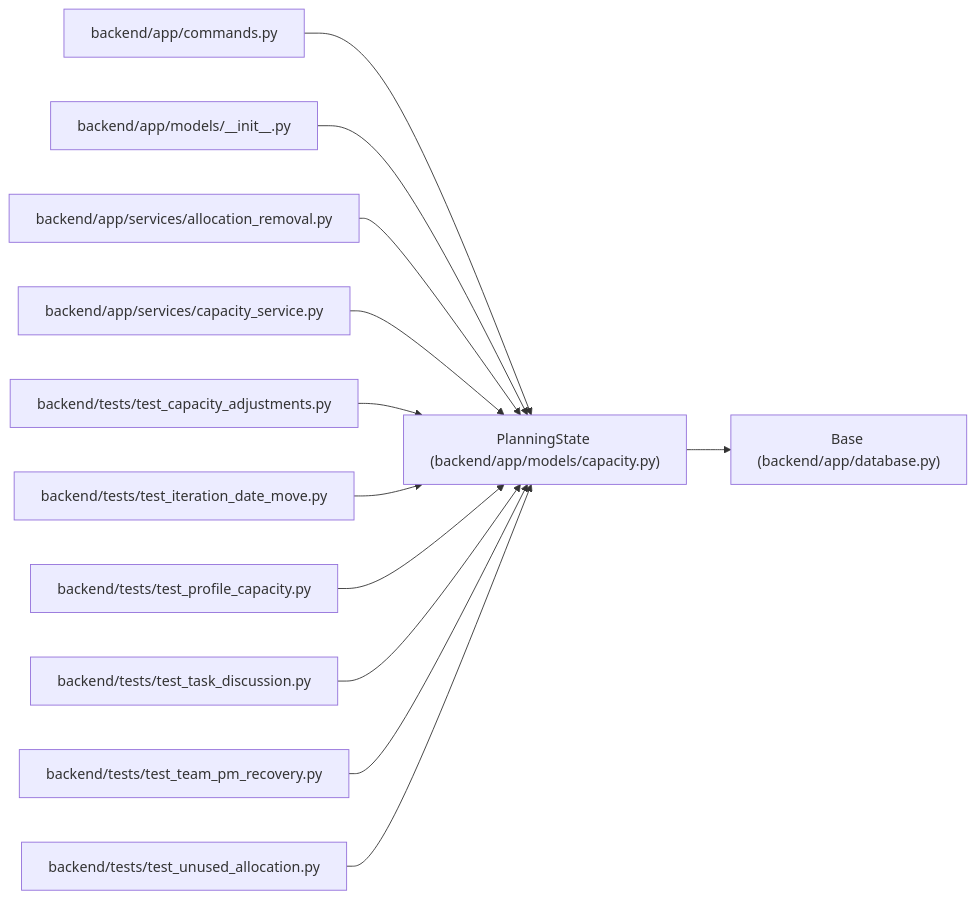
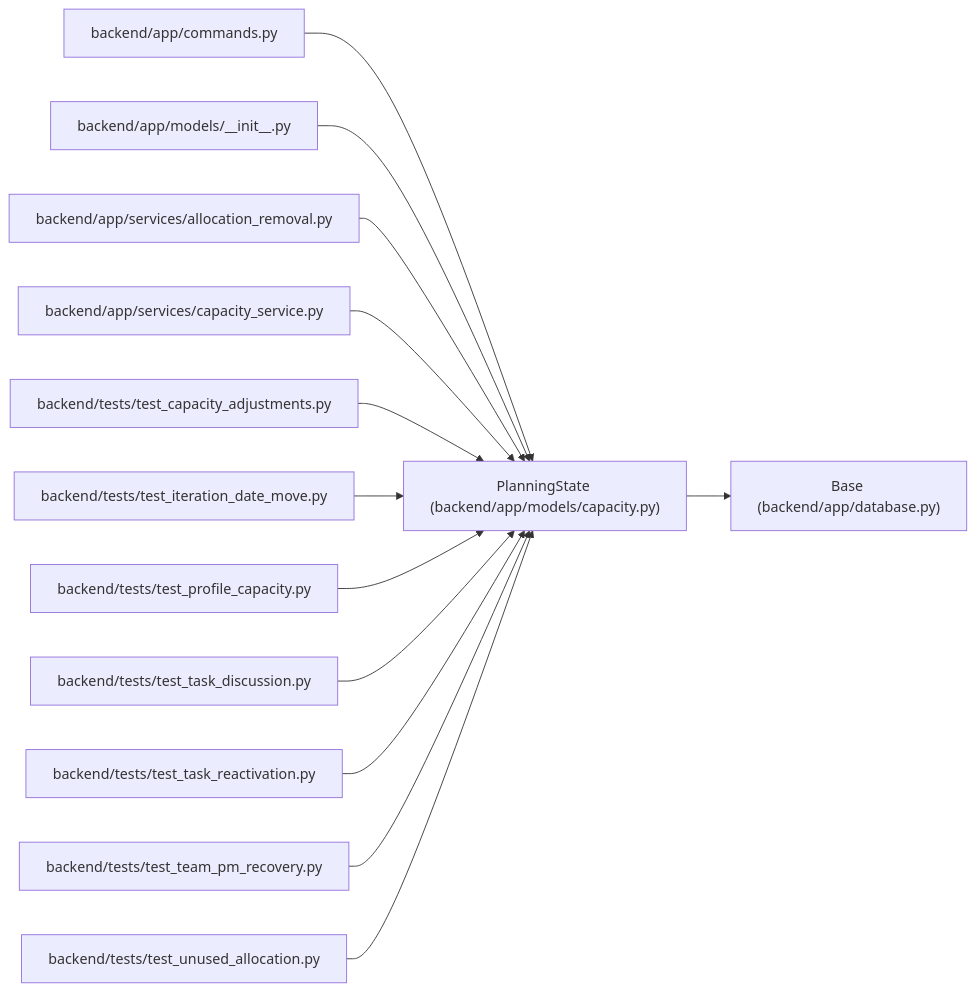
One commit to Denissvgn/WorkChord changed the diagram in docs/llm_wiki/entities/PlanningState.md. Above: the diagram before and after it, drawn with Mermaid. The commit also changed other lines of this file and 873 other files, not shown here.

Commit message:
Sync the architectural wiki for automatic reactivation of postponed tasks

````diff
--- a/docs/llm_wiki/entities/PlanningState.md
+++ b/docs/llm_wiki/entities/PlanningState.md
@@ -26,38 +26,41 @@
 ```mermaid
 flowchart LR
     n0["PlanningState (backend/app/models/capacity.py)"]
     n1["Base (backend/app/database.py)"]
     n2["backend/app/commands.py"]
     n3["backend/app/models/__init__.py"]
     n4["backend/app/services/allocation_removal.py"]
     n5["backend/app/services/capacity_service.py"]
     n6["backend/tests/test_capacity_adjustments.py"]
     n7["backend/tests/test_iteration_date_move.py"]
     n8["backend/tests/test_profile_capacity.py"]
     n9["backend/tests/test_task_discussion.py"]
-    n10["backend/tests/test_team_pm_recovery.py"]
-    n11["backend/tests/test_unused_allocation.py"]
+    n10["backend/tests/test_task_reactivation.py"]
+    n11["backend/tests/test_team_pm_recovery.py"]
+    n12["backend/tests/test_unused_allocation.py"]
     n0 --> n1
     n2 --> n0
     n3 --> n0
     n4 --> n0
     n5 --> n0
     n6 --> n0
     n7 --> n0
     n8 --> n0
     n9 --> n0
     n10 --> n0
     n11 --> n0
+    n12 --> n0
     click n0 "../modules/models_capacity.md"
     click n1 "../modules/app_database.md"
     click n2 "../modules/commands.md"
     click n3 "../modules/models___init__.md"
     click n4 "../modules/allocation_removal.md"
     click n5 "../modules/capacity_service.md"
     click n6 "../modules/test_capacity_adjustments.md"
     click n7 "../modules/test_iteration_date_move.md"
     click n8 "../modules/test_profile_capacity.md"
     click n9 "../modules/test_task_discussion.md"
-    click n10 "../modules/test_team_pm_recovery.md"
-    click n11 "../modules/test_unused_allocation.md"
+    click n10 "../modules/test_task_reactivation.md"
+    click n11 "../modules/test_team_pm_recovery.md"
+    click n12 "../modules/test_unused_allocation.md"
 ```
````
